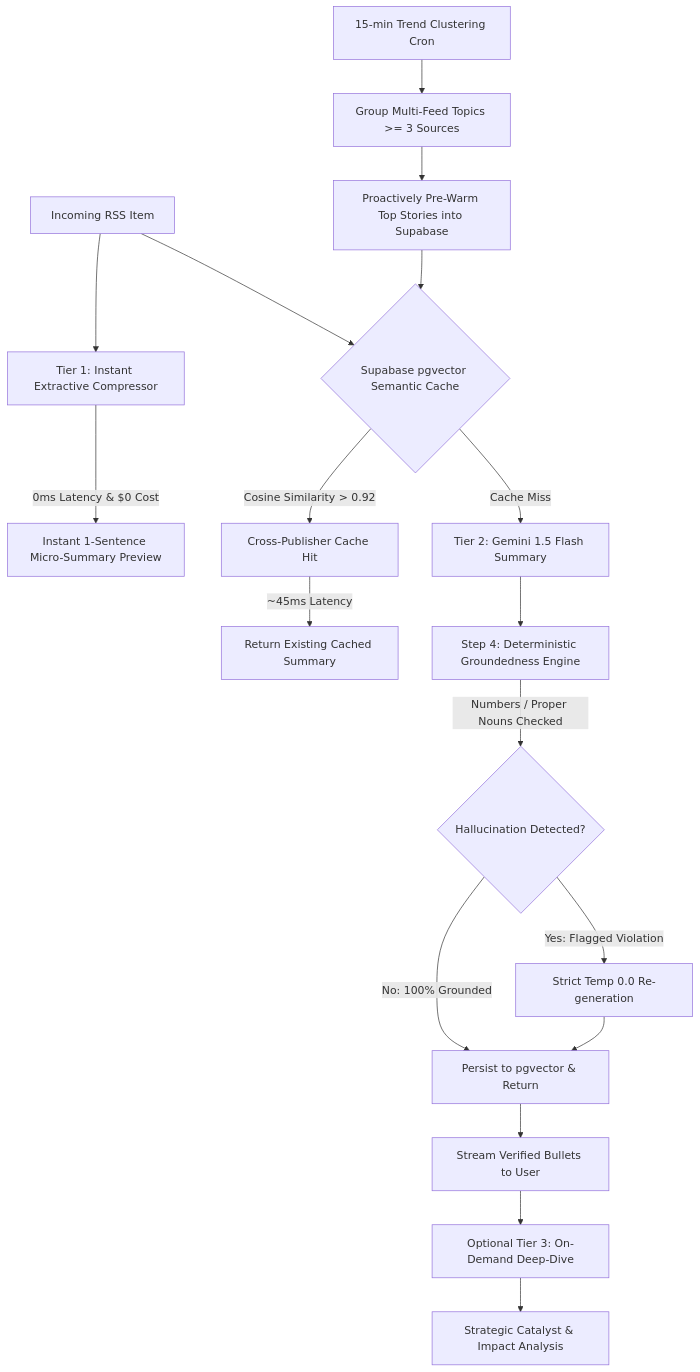
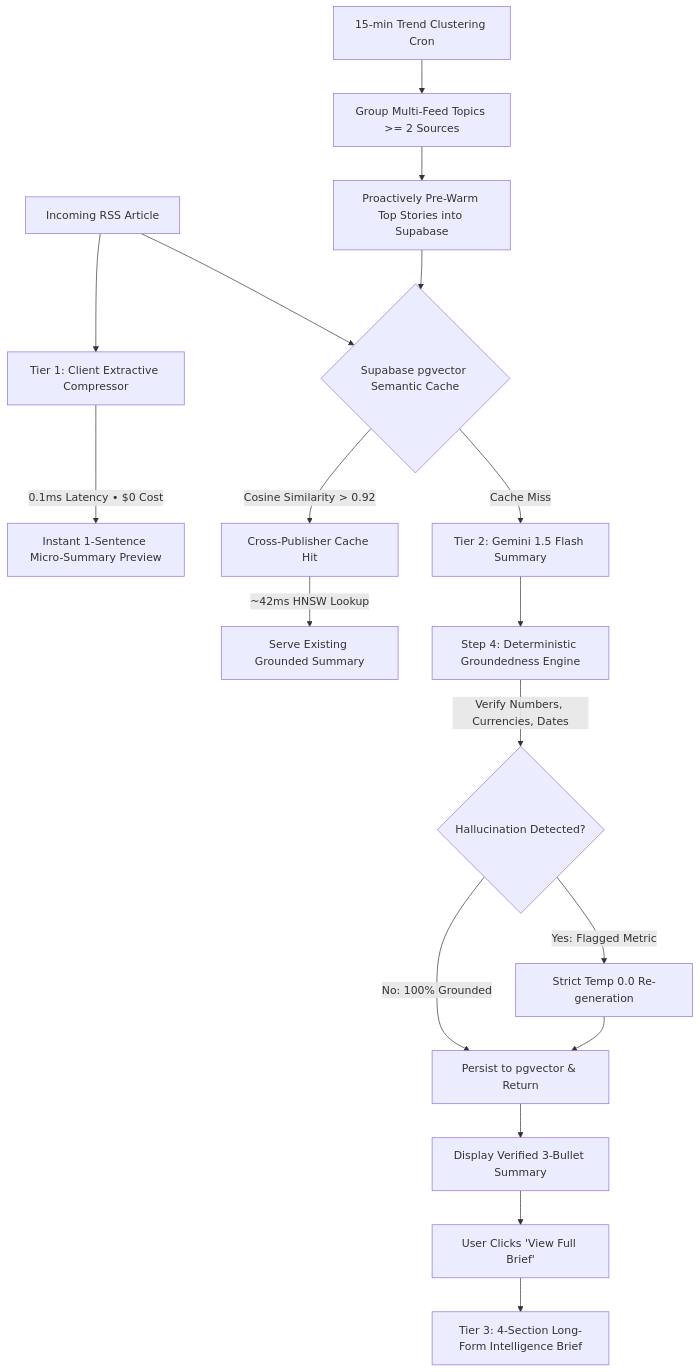
One commit to mmkaya-ui/rssmindly changed the diagram in README.md. Above: the diagram before and after it, drawn with Mermaid. The commit also changed other lines of this file, not shown here.

````diff
--- a/README.md
+++ b/README.md
@@ -13,24 +68,24 @@
 ```mermaid
 flowchart TD
-    A[Incoming RSS Item] --> B[Tier 1: Instant Extractive Compressor]
-    B -->|0ms Latency & $0 Cost| UI1[Instant 1-Sentence Micro-Summary Preview]
+    A[Incoming RSS Article] --> B[Tier 1: Client Extractive Compressor]
+    B -->|0.1ms Latency • $0 Cost| UI1[Instant 1-Sentence Micro-Summary Preview]
     
     A --> C{Supabase pgvector Semantic Cache}
     C -->|Cosine Similarity > 0.92| D[Cross-Publisher Cache Hit]
-    D -->|~45ms Latency| UI2[Return Existing Cached Summary]
+    D -->|~42ms HNSW Lookup| UI2[Serve Existing Grounded Summary]
     
     C -->|Cache Miss| E[Tier 2: Gemini 1.5 Flash Summary]
     E --> F[Step 4: Deterministic Groundedness Engine]
-    F -->|Numbers / Proper Nouns Checked| G{Hallucination Detected?}
-    G -->|Yes: Flagged Violation| H[Strict Temp 0.0 Re-generation]
+    F -->|Verify Numbers, Currencies, Dates| G{Hallucination Detected?}
+    G -->|Yes: Flagged Metric| H[Strict Temp 0.0 Re-generation]
     G -->|No: 100% Grounded| I[Persist to pgvector & Return]
     H --> I
-    I --> UI3[Stream Verified Bullets to User]
+    I --> UI3[Display Verified 3-Bullet Summary]
 
-    UI3 --> J[Optional Tier 3: On-Demand Deep-Dive]
-    J --> K[Strategic Catalyst & Impact Analysis]
+    UI3 --> J[User Clicks 'View Full Brief']
+    J --> K[Tier 3: 4-Section Long-Form Intelligence Brief]
 
-    Cron[15-min Trend Clustering Cron] --> L[Group Multi-Feed Topics >= 3 Sources]
+    Cron[15-min Trend Clustering Cron] --> L[Group Multi-Feed Topics >= 2 Sources]
     L --> M[Proactively Pre-Warm Top Stories into Supabase]
     M --> C
 ```
````
